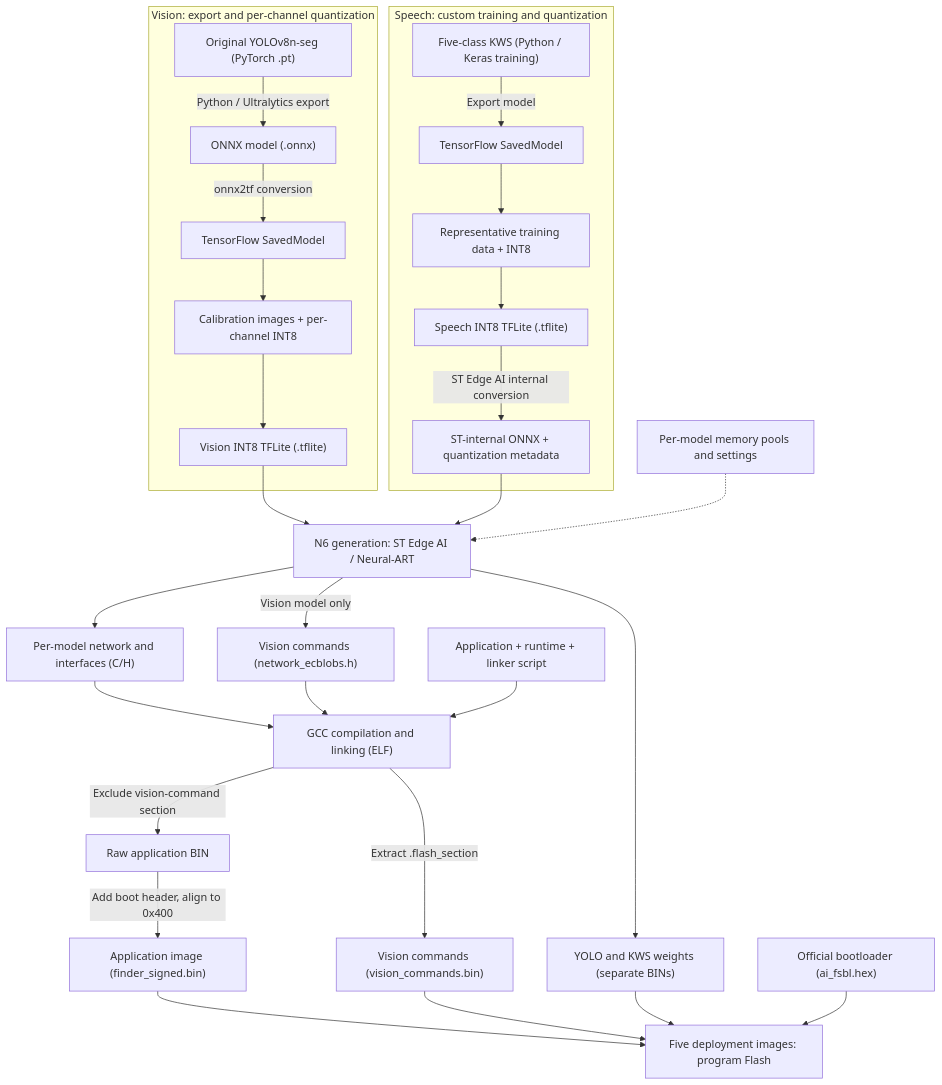
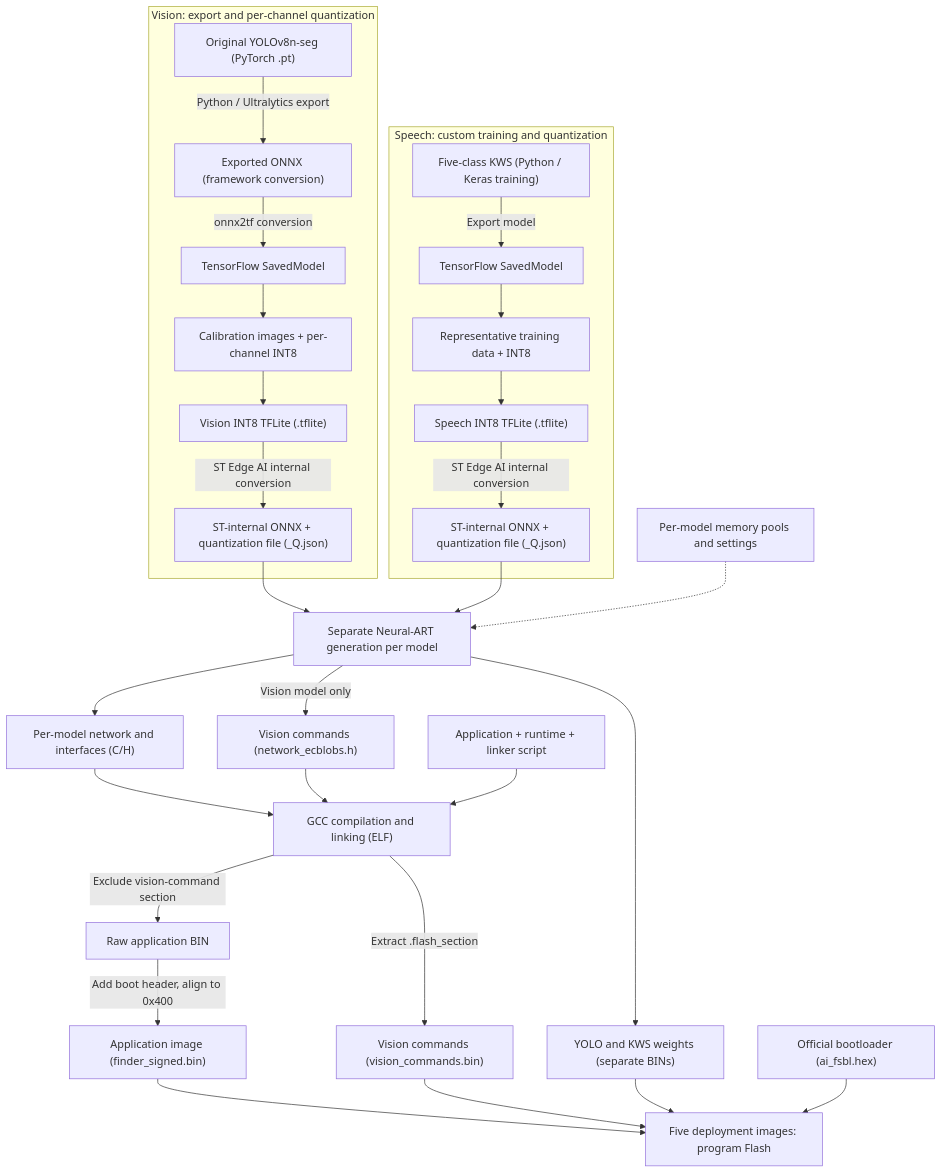
Before and after one commit to fan-gu-hao/stm32n6-voice-object-finder: the first of 2 diagrams in README.en.md, drawn with Mermaid. The commit also changed other lines of this file and 1 other file, not shown here.

Commit message:
docs: distinguish framework export from ST internal ONNX compilation

````diff
--- a/README.en.md
+++ b/README.en.md
@@ -51,44 +51,46 @@
 ```mermaid
 flowchart TD
     subgraph VISION["Vision: export and per-channel quantization"]
         V0["Original YOLOv8n-seg (PyTorch .pt)"]
-        V1["ONNX model (.onnx)"]
+        V1["Exported ONNX (framework conversion)"]
         V2["TensorFlow SavedModel"]
         V3["Calibration images + per-channel INT8"]
         V4["Vision INT8 TFLite (.tflite)"]
+        V5["ST-internal ONNX + quantization file (_Q.json)"]
         V0 -->|"Python / Ultralytics export"| V1
         V1 -->|"onnx2tf conversion"| V2
         V2 --> V3 --> V4
+        V4 -->|"ST Edge AI internal conversion"| V5
     end
 
     subgraph SPEECH["Speech: custom training and quantization"]
         K0["Five-class KWS (Python / Keras training)"]
         K1["TensorFlow SavedModel"]
         K2["Representative training data + INT8"]
         K3["Speech INT8 TFLite (.tflite)"]
-        K4["ST-internal ONNX + quantization metadata"]
+        K4["ST-internal ONNX + quantization file (_Q.json)"]
         K0 -->|"Export model"| K1
         K1 --> K2 --> K3
         K3 -->|"ST Edge AI internal conversion"| K4
     end
 
-    V4 --> GEN["N6 generation: ST Edge AI / Neural-ART"]
+    V5 --> GEN["Separate Neural-ART generation per model"]
     K4 --> GEN
     POOL["Per-model memory pools and settings"] -.-> GEN
 
     GEN --> CODE["Per-model network and interfaces (C/H)"]
     GEN --> WEIGHTS["YOLO and KWS weights (separate BINs)"]
     GEN -->|"Vision model only"| EC["Vision commands (network_ecblobs.h)"]
 
     CODE --> ELF["GCC compilation and linking (ELF)"]
     EC --> ELF
     APP["Application + runtime + linker script"] --> ELF
     ELF -->|"Exclude vision-command section"| RAW["Raw application BIN"]
     RAW -->|"Add boot header, align to 0x400"| IMAGE["Application image (finder_signed.bin)"]
     ELF -->|"Extract .flash_section"| COMMAND["Vision commands (vision_commands.bin)"]
 
     IMAGE --> DEPLOY["Five deployment images: program Flash"]
     COMMAND --> DEPLOY
     WEIGHTS --> DEPLOY
     FSBL["Official bootloader (ai_fsbl.hex)"] --> DEPLOY
 ```
````
